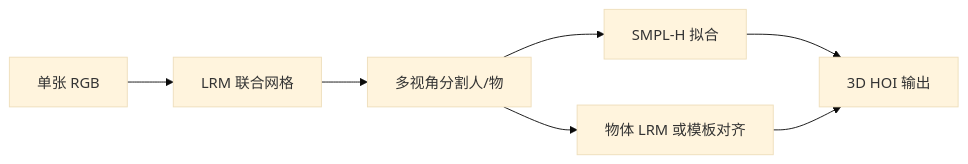
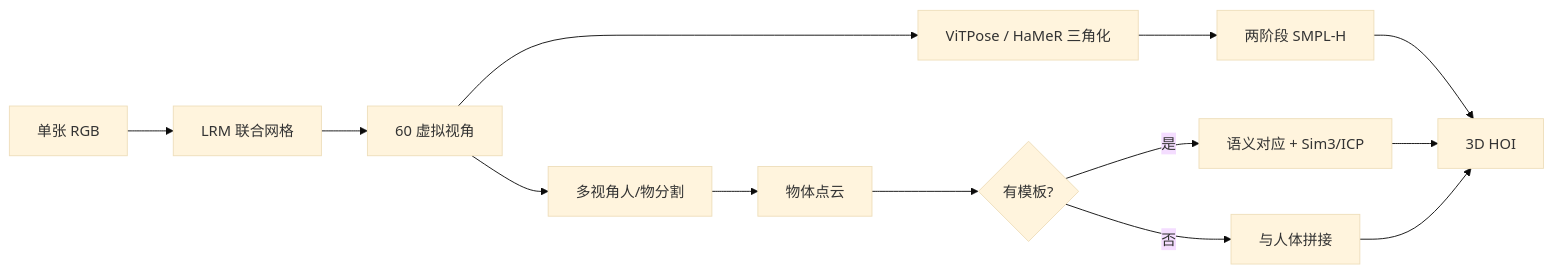
Before and after one commit to ImChong/Robotics_Notebooks: the first of 2 diagrams in wiki/entities/paper-milo.md, drawn with Mermaid (base theme). The commit also changed other lines of this file and 15 other files, not shown here.

Commit message:
[2026-09-05] ingest | sources/sites/ac5113-milo.md — 再核加深 LRM 单图 HOI 并核对 MIT 开源

````diff
--- a/wiki/entities/paper-milo.md
+++ b/wiki/entities/paper-milo.md
@@ -59,9 +76,15 @@
 ```mermaid
 flowchart LR
   img[单张 RGB] --> lrm[LRM 联合网格]
-  lrm --> seg[多视角分割人/物]
-  seg --> body[SMPL-H 拟合]
-  seg --> obj[物体 LRM 或模板对齐]
-  body --> hoi[3D HOI 输出]
-  obj --> hoi
+  lrm --> views[60 虚拟视角]
+  views --> kp[ViTPose / HaMeR 三角化]
+  views --> seg[多视角人/物分割]
+  kp --> fit[两阶段 SMPL-H]
+  seg --> obj[物体点云]
+  obj --> tmpl{有模板?}
+  tmpl -->|是| align[语义对应 + Sim3/ICP]
+  tmpl -->|否| compose[与人体拼接]
+  fit --> hoi[3D HOI]
+  align --> hoi
+  compose --> hoi
 ```
````
